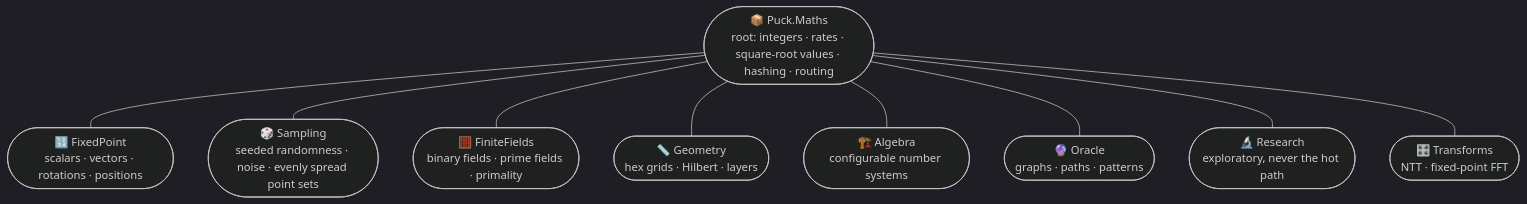
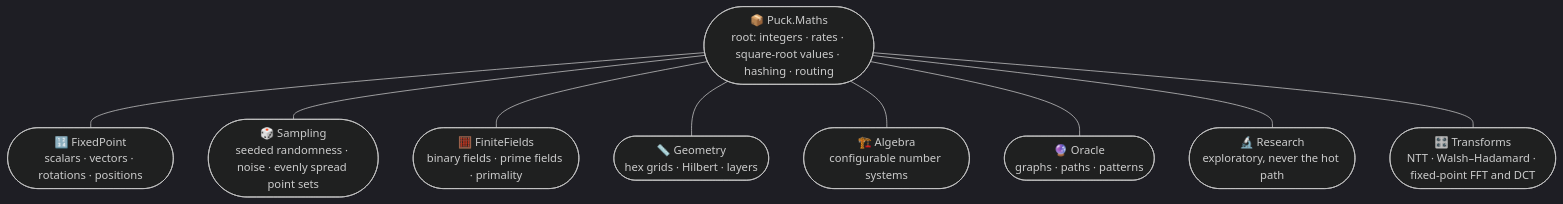
One commit to ByteTerrace/Puck changed the second of 2 diagrams in src/Puck.Maths/README.md. Above: the diagram before and after it, drawn with Mermaid (dark theme). The commit also changed other lines of this file and 226 other files, not shown here.

````diff
--- a/src/Puck.Maths/README.md
+++ b/src/Puck.Maths/README.md
@@ -111,20 +111,20 @@
 ```mermaid
 graph TB
     Root(["📦 Puck.Maths<br/>root: integers · rates · square-root values · hashing · routing"])
     FP(["🔢 FixedPoint<br/>scalars · vectors · rotations · positions"])
     SA(["🎲 Sampling<br/>seeded randomness · noise · evenly spread point sets"])
     FF(["🧮 FiniteFields<br/>binary fields · prime fields · primality"])
     GE(["📏 Geometry<br/>hex grids · Hilbert · layers"])
     AL(["🏗️ Algebra<br/>configurable number systems"])
     OR(["🔮 Oracle<br/>graphs · paths · patterns"])
     RE(["🔬 Research<br/>exploratory, never the hot path"])
-    TR(["🎛️ Transforms<br/>NTT · fixed-point FFT"])
+    TR(["🎛️ Transforms<br/>NTT · Walsh–Hadamard · fixed-point FFT and DCT"])
     Root --- FP
     Root --- SA
     Root --- FF
     Root --- GE
     Root --- AL
     Root --- OR
     Root --- RE
     Root --- TR
 ```
````
